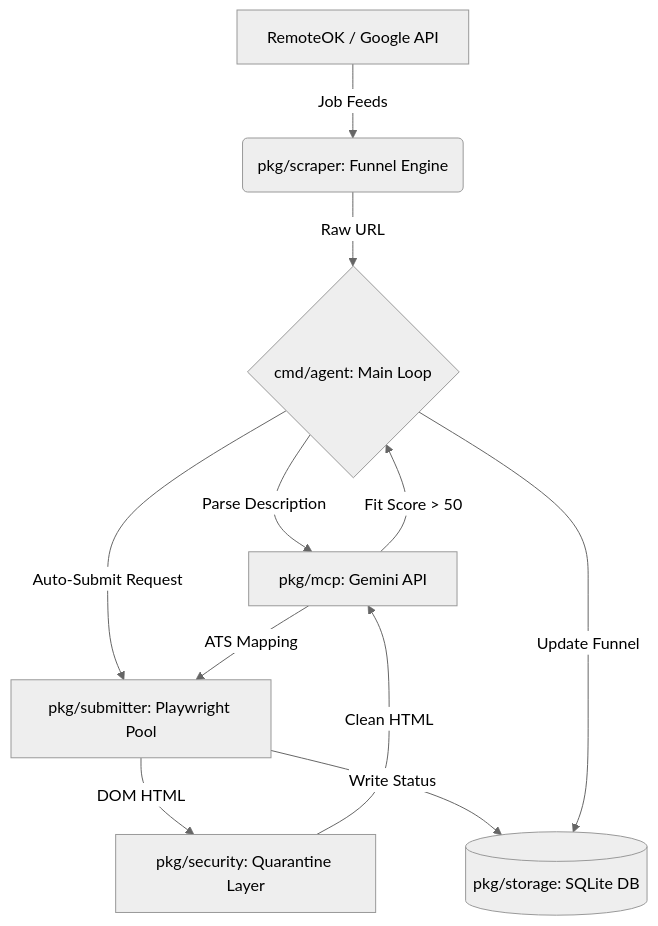
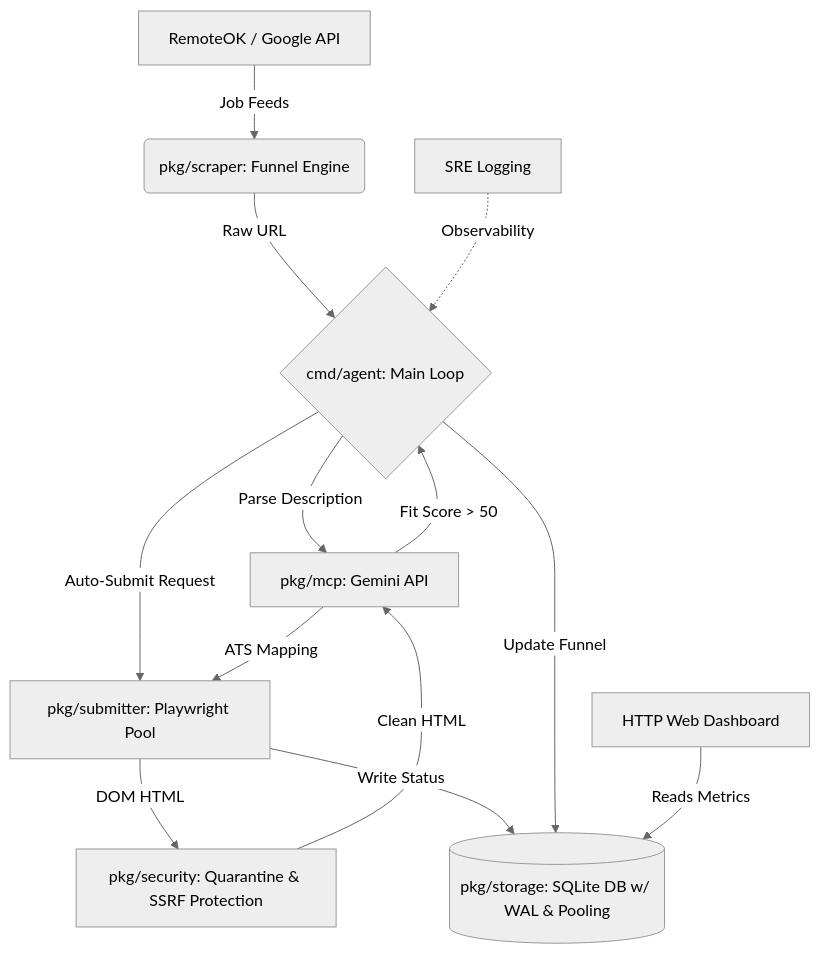
The diagram in README.md (howlcipher/Career_Agent_Core), drawn with Mermaid (neutral theme) before and after one commit. The commit also changed other lines of this file, not shown here.

Commit message:
Docs: Update README with new architecture and SRE telemetry

````diff
--- a/README.md
+++ b/README.md
@@ -28,16 +30,19 @@
 ```mermaid
 graph TD
     A[RemoteOK / Google API] -->|Job Feeds| B(pkg/scraper: Funnel Engine)
     B -->|Raw URL| C{cmd/agent: Main Loop}
     
     C -->|Parse Description| D[pkg/mcp: Gemini API]
     D -->|Fit Score > 50| C
     
     C -->|Auto-Submit Request| E[pkg/submitter: Playwright Pool]
-    E -->|DOM HTML| F[pkg/security: Quarantine Layer]
+    E -->|DOM HTML| F[pkg/security: Quarantine & SSRF Protection]
     F -->|Clean HTML| D
     D -->|ATS Mapping| E
     
-    E -->|Write Status| G[(pkg/storage: SQLite DB)]
+    E -->|Write Status| G[(pkg/storage: SQLite DB w/ WAL & Pooling)]
     C -->|Update Funnel| G
+    
+    H[HTTP Web Dashboard] -->|Reads Metrics| G
+    I[SRE Logging] -.->|Observability| C
 ```
````
